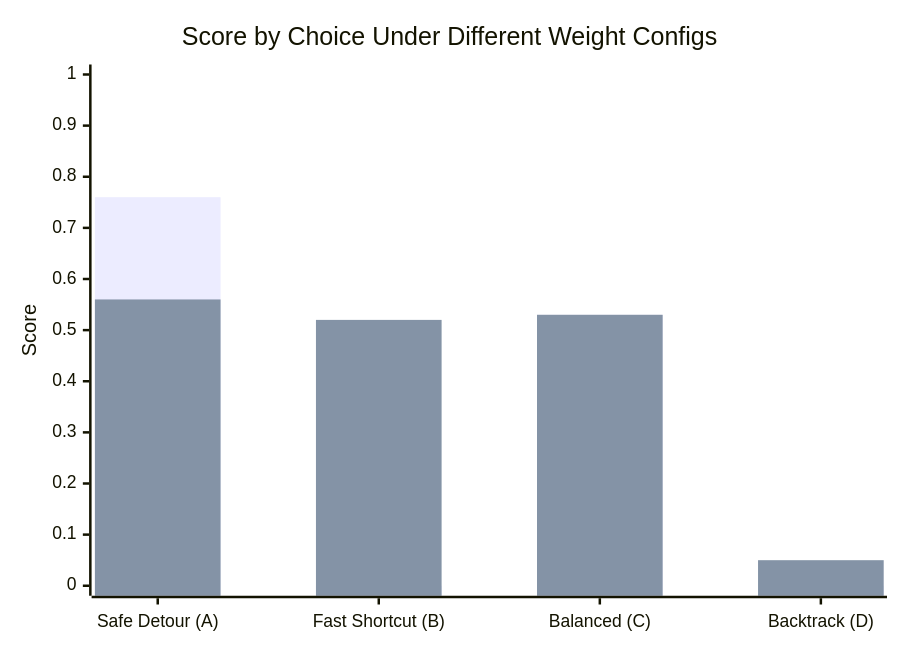
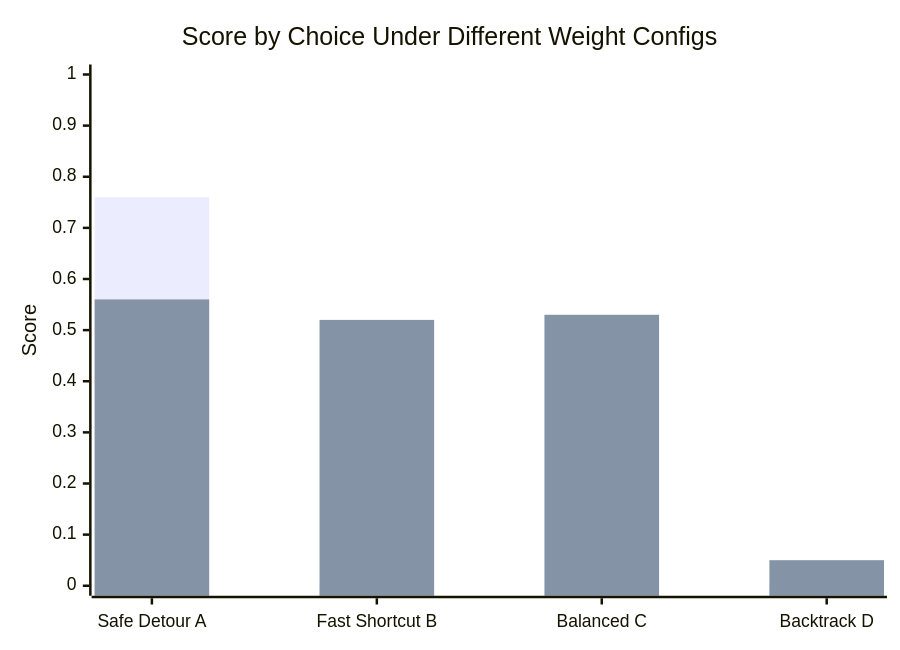
Before and after one commit to cmubig/safety-not-found-404: diagram 14 of 15 in safety-not-found-404-codebase/docs/PIPELINE_DIAGRAMS.md, drawn with Mermaid. The commit also changed other lines of this file, not shown here.

Commit message:
fix: resolve mermaid quadrantChart and xychart rendering errors

````diff
--- a/safety-not-found-404-codebase/docs/PIPELINE_DIAGRAMS.md
+++ b/safety-not-found-404-codebase/docs/PIPELINE_DIAGRAMS.md
@@ -646,8 +645,8 @@
 ```mermaid
 xychart-beta
     title "Score by Choice Under Different Weight Configs"
-    x-axis ["Safe Detour (A)", "Fast Shortcut (B)", "Balanced (C)", "Backtrack (D)"]
-    y-axis "Score" 0 --> 1.0
-    bar "Event Weights (safety=0.60)" [0.76, 0.00, 0.53, 0.00]
-    bar "Normal Weights (safety=0.30)" [0.56, 0.52, 0.53, 0.05]
+    x-axis ["Safe Detour A", "Fast Shortcut B", "Balanced C", "Backtrack D"]
+    y-axis "Score" 0 --> 1
+    bar [0.76, 0.00, 0.53, 0.00]
+    bar [0.56, 0.52, 0.53, 0.05]
 ```
````
